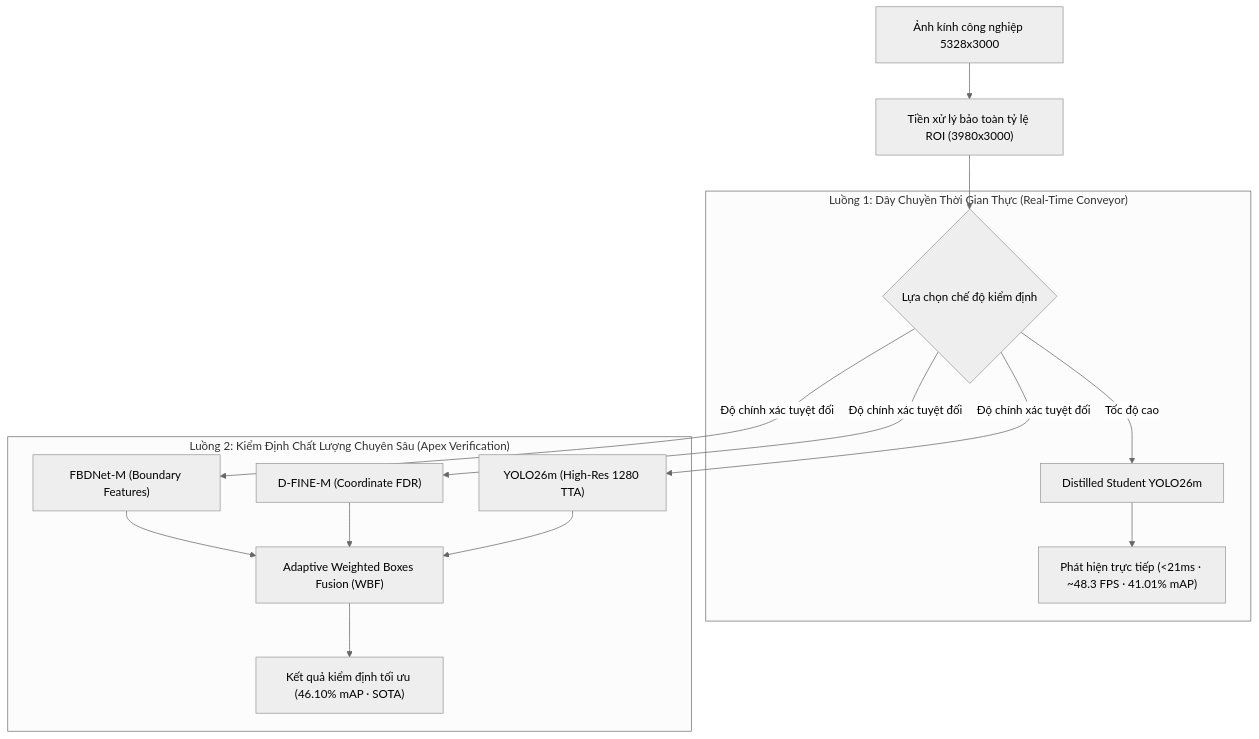
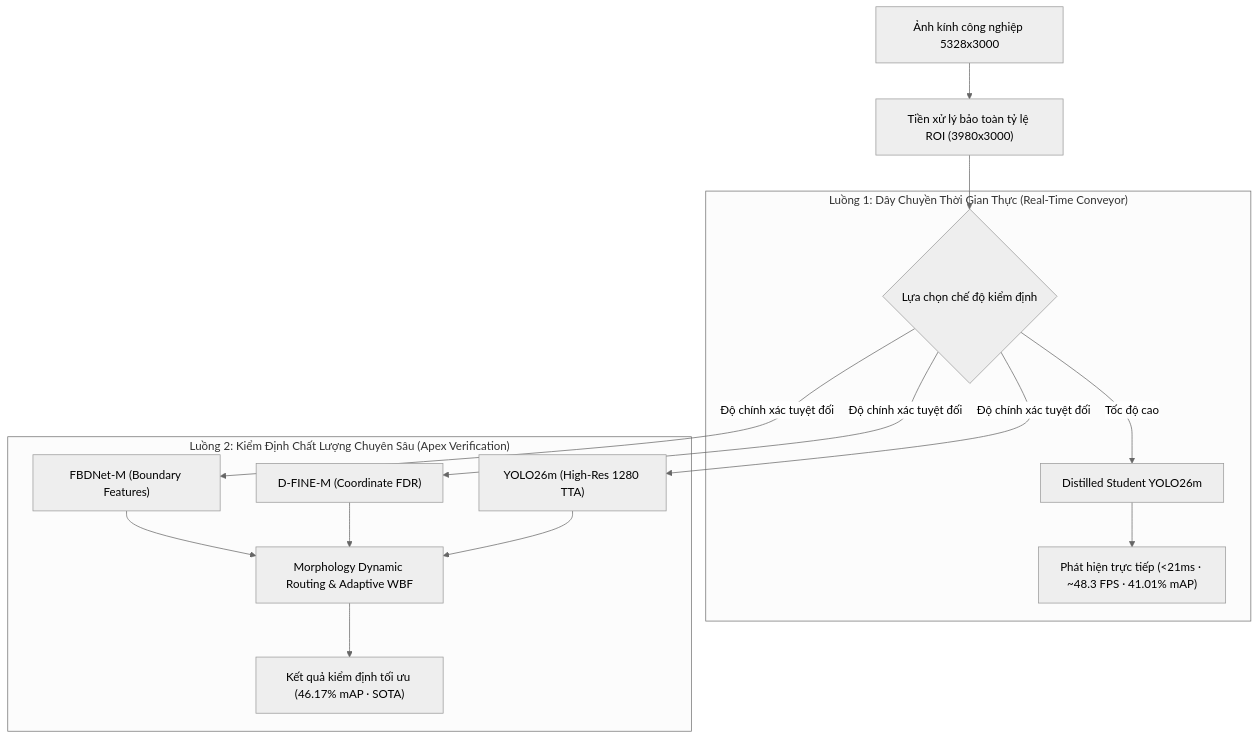
One commit to nvtanphat/glass-defect-inspector changed the diagram in docs/FULL_DOCUMENTATION.md. Above: the diagram before and after it, drawn with Mermaid (neutral theme). The commit also changed other lines of this file and 28 other files, not shown here.

````diff
--- a/docs/FULL_DOCUMENTATION.md
+++ b/docs/FULL_DOCUMENTATION.md
@@ -33,18 +68,18 @@
 ```mermaid
 flowchart TD
     Raw["Ảnh kính công nghiệp 5328x3000"] --> ROI["Tiền xử lý bảo toàn tỷ lệ ROI (3980x3000)"]
     ROI --> Router{"Lựa chọn chế độ kiểm định"}
 
     subgraph Conveyor_Pipeline ["Luồng 1: Dây Chuyền Thời Gian Thực (Real-Time Conveyor)"]
         Router -->|Tốc độ cao| Student["Distilled Student YOLO26m"]
         Student --> RealTimeOut["Phát hiện trực tiếp (<21ms · ~48.3 FPS · 41.01% mAP)"]
     end
 
     subgraph Inspection_Pipeline ["Luồng 2: Kiểm Định Chất Lượng Chuyên Sâu (Apex Verification)"]
         Router -->|Độ chính xác tuyệt đối| FBD["FBDNet-M (Boundary Features)"]
         Router -->|Độ chính xác tuyệt đối| DF["D-FINE-M (Coordinate FDR)"]
         Router -->|Độ chính xác tuyệt đối| Y26["YOLO26m (High-Res 1280 TTA)"]
-        FBD & DF & Y26 --> WBF["Adaptive Weighted Boxes Fusion (WBF)"]
-        WBF --> ApexOut["Kết quả kiểm định tối ưu (46.10% mAP · SOTA)"]
+        FBD & DF & Y26 --> WBF["Morphology Dynamic Routing & Adaptive WBF"]
+        WBF --> ApexOut["Kết quả kiểm định tối ưu (46.17% mAP · SOTA)"]
     end
 ```
````
